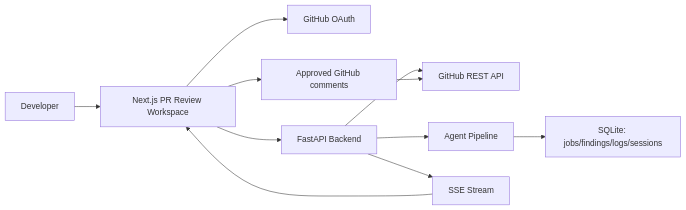
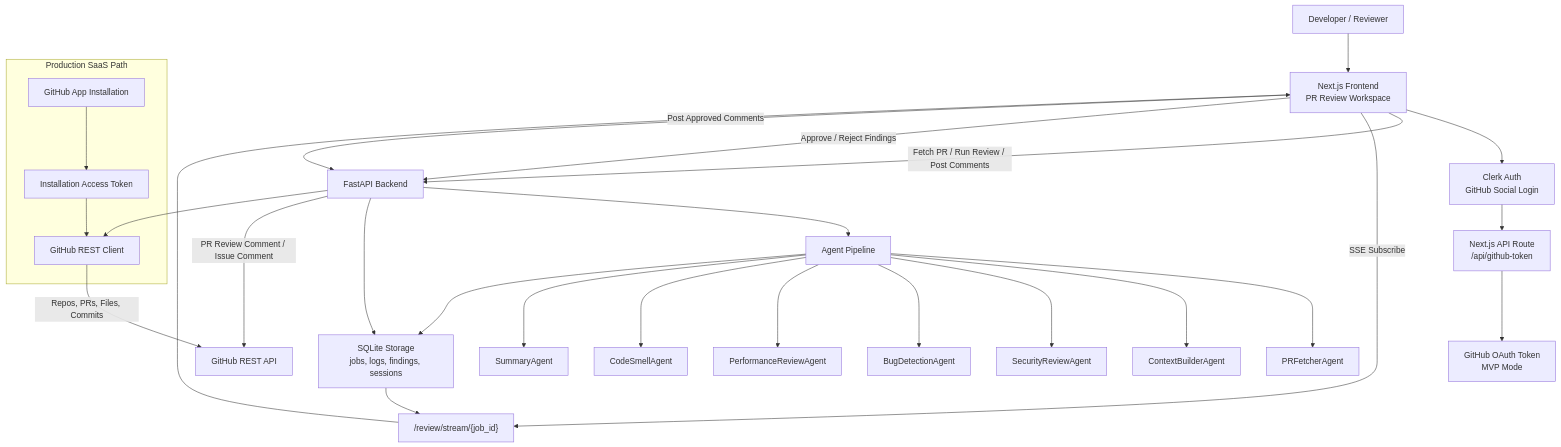
One commit to VEDANTDHAVAN/Agentic-Code-Review-Assistant changed the diagram in README.md. Above: the diagram before and after it, drawn with Mermaid. The commit also changed other lines of this file and 9 other files, not shown here.

Commit message:
feat: implement GitHub permissions check and integrate with frontend components

````diff
--- a/README.md
+++ b/README.md
@@ -28,13 +23,38 @@
 ```mermaid
-flowchart LR
-  User["Developer"] --> FE["Next.js PR Review Workspace"]
-  FE --> Auth["GitHub OAuth"]
-  FE --> API["FastAPI Backend"]
-  API --> GitHub["GitHub REST API"]
-  API --> Agents["Agent Pipeline"]
-  Agents --> DB["SQLite: jobs/findings/logs/sessions"]
-  API --> SSE["SSE Stream"]
-  SSE --> FE
-  FE --> Comments["Approved GitHub comments"]
-  Comments --> GitHub
+flowchart TD
+    User["Developer / Reviewer"] --> Frontend["Next.js Frontend<br/>PR Review Workspace"]
+
+    Frontend --> Clerk["Clerk Auth<br/>GitHub Social Login"]
+    Clerk --> TokenRoute["Next.js API Route<br/>/api/github-token"]
+    TokenRoute --> GitHubOAuth["GitHub OAuth Token<br/>MVP Mode"]
+
+    Frontend -->|Fetch PR / Run Review / Post Comments| FastAPI["FastAPI Backend"]
+    Frontend -->|SSE Subscribe| SSE["/review/stream/{job_id}"]
+
+    FastAPI --> GitHubClient["GitHub REST Client"]
+    GitHubClient -->|Repos, PRs, Files, Commits| GitHub["GitHub REST API"]
+
+    FastAPI --> Pipeline["Agent Pipeline"]
+    Pipeline --> Fetcher["PRFetcherAgent"]
+    Pipeline --> Context["ContextBuilderAgent"]
+    Pipeline --> Security["SecurityReviewAgent"]
+    Pipeline --> Bugs["BugDetectionAgent"]
+    Pipeline --> Perf["PerformanceReviewAgent"]
+    Pipeline --> Smells["CodeSmellAgent"]
+    Pipeline --> Summary["SummaryAgent"]
+
+    Pipeline --> SQLite["SQLite Storage<br/>jobs, logs, findings, sessions"]
+    SQLite --> SSE
+    SSE --> Frontend
+
+    Frontend -->|Approve / Reject Findings| FastAPI
+    FastAPI --> SQLite
+
+    Frontend -->|Post Approved Comments| FastAPI
+    FastAPI -->|PR Review Comment / Issue Comment| GitHub
+
+    subgraph ProductionPath["Production SaaS Path"]
+      GitHubApp["GitHub App Installation"] --> InstallationToken["Installation Access Token"]
+      InstallationToken --> GitHubClient
+    end
 ```
````
